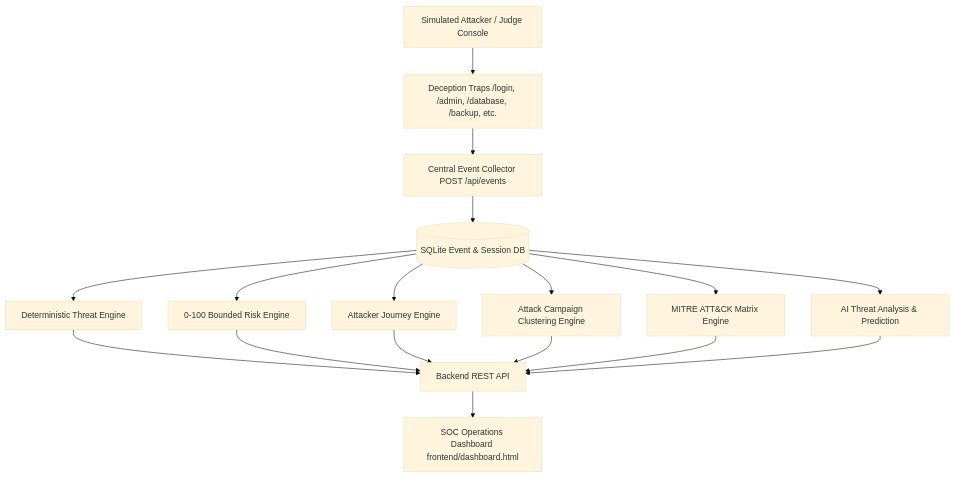
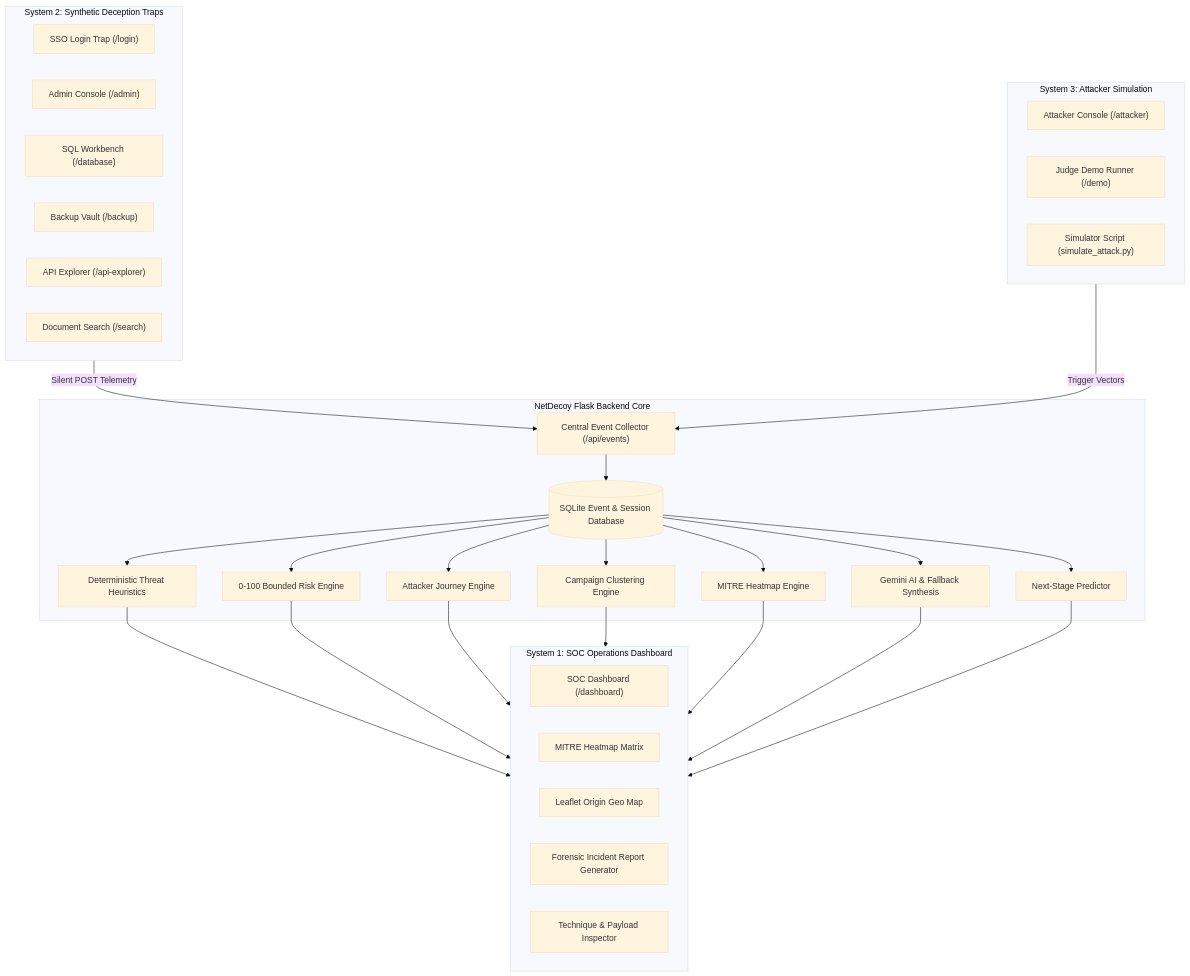
The diagram in README.md (Sarthak2121006/Net-Decoy), drawn with Mermaid (base theme) before and after one commit. The commit also changed other lines of this file, not shown here.

Commit message:
docs: complete overhaul of professional README with MITRE matrix, system architecture, API contracts, and Render deployment

````diff
--- a/README.md
+++ b/README.md
@@ -109,22 +126,46 @@
 ```mermaid
 flowchart TD
-    Attacker[Simulated Attacker / Judge Console] --> Traps[Deception Traps /login, /admin, /database, /backup, etc.]
-    Traps --> Collector[Central Event Collector POST /api/events]
-    Collector --> Storage[(SQLite Event & Session DB)]
+    subgraph DeceptionLayer [System 2: Synthetic Deception Traps]
+        T1["SSO Login Trap (/login)"]
+        T2["Admin Console (/admin)"]
+        T3["SQL Workbench (/database)"]
+        T4["Backup Vault (/backup)"]
+        T5["API Explorer (/api-explorer)"]
+        T6["Document Search (/search)"]
+    end
+
+    subgraph SimulationLayer [System 3: Attacker Simulation]
+        AC["Attacker Console (/attacker)"]
+        DR["Judge Demo Runner (/demo)"]
+        CLI["Simulator Script (simulate_attack.py)"]
+    end
+
+    subgraph BackendCore [NetDecoy Flask Backend Core]
+        Collector["Central Event Collector (/api/events)"]
+        DB[("SQLite Event & Session Database")]
+        
+        ThreatEng["Deterministic Threat Heuristics"]
+        RiskEng["0-100 Bounded Risk Engine"]
+        JourneyEng["Attacker Journey Engine"]
+        ClusterEng["Campaign Clustering Engine"]
+        MitreEng["MITRE Heatmap Engine"]
+        AIEng["Gemini AI & Fallback Synthesis"]
+        PredictEng["Next-Stage Predictor"]
+    end
+
+    subgraph PresentationLayer [System 1: SOC Operations Dashboard]
+        Dash["SOC Dashboard (/dashboard)"]
+        Heatmap["MITRE Heatmap Matrix"]
+        GeoMap["Leaflet Origin Geo Map"]
+        Report["Forensic Incident Report Generator"]
+        Modal["Technique & Payload Inspector"]
+    end
+
+    DeceptionLayer -->|Silent POST Telemetry| Collector
+    SimulationLayer -->|Trigger Vectors| Collector
+    Collector --> DB
     
-    Storage --> Detection[Deterministic Threat Engine]
-    Storage --> Risk[0-100 Bounded Risk Engine]
-    Storage --> Journey[Attacker Journey Engine]
-    Storage --> Clusters[Attack Campaign Clustering Engine]
-    Storage --> Mitre[MITRE ATT&CK Matrix Engine]
-    Storage --> AI[AI Threat Analysis & Prediction]
+    DB --> ThreatEng & RiskEng & JourneyEng & ClusterEng & MitreEng & AIEng & PredictEng
     
-    Detection --> API[Backend REST API]
-    Risk --> API
-    Journey --> API
-    Clusters --> API
-    Mitre --> API
-    AI --> API
-
-    API --> Dashboard[SOC Operations Dashboard frontend/dashboard.html]
+    ThreatEng & RiskEng & JourneyEng & ClusterEng & MitreEng & AIEng & PredictEng --> PresentationLayer
 ```
````
